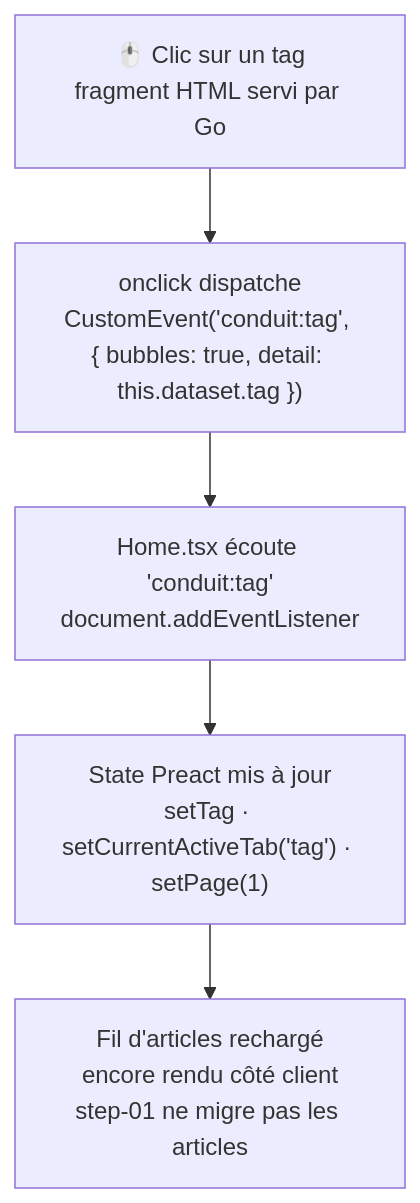
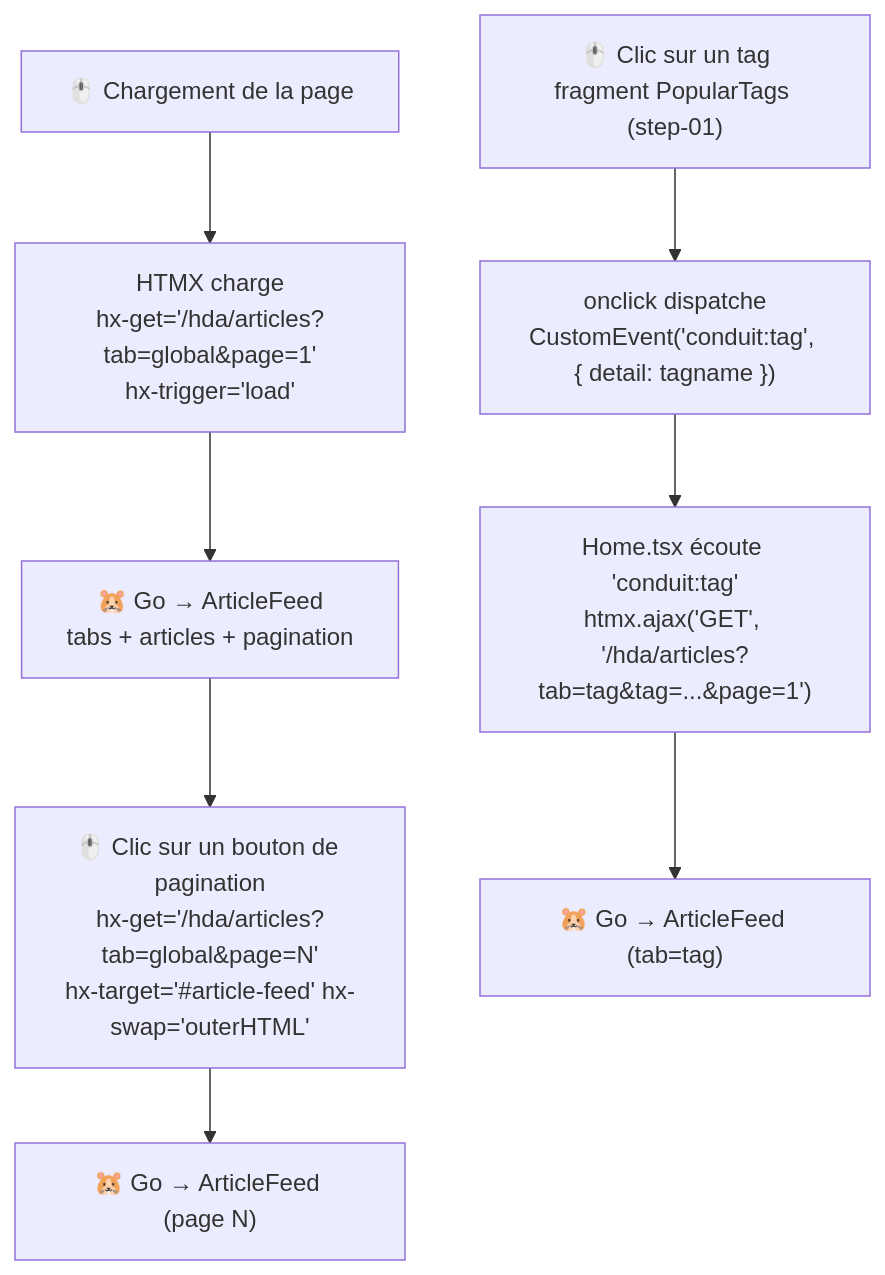
The diagram in MIGRATION_STEP.md (StephaneTrebel/htmx-de-maniere-simplix), drawn with Mermaid before and after one commit. The commit also changed other lines of this file and 10 other files, not shown here.

First line of the commit message:
feat: migrate article feed to Go+HTMX self-refreshing fragment (step-02)

````diff
--- a/MIGRATION_STEP.md
+++ b/MIGRATION_STEP.md
@@ -225,10 +247,16 @@
 ```mermaid
 flowchart TD
-    A["🖱️ Clic sur un tag\nfragment HTML servi par Go"]
-    B["onclick dispatche\nCustomEvent('conduit:tag', { bubbles: true, detail: this.dataset.tag })"]
-    C["Home.tsx écoute 'conduit:tag'\ndocument.addEventListener"]
-    D["State Preact mis à jour\nsetTag · setCurrentActiveTab('tag') · setPage(1)"]
-    E["Fil d'articles rechargé\nencore rendu côté client\nstep-01 ne migre pas les articles"]
+    A["🖱️ Chargement de la page"]
+    B["HTMX charge\nhx-get='/hda/articles?tab=global&page=1'\nhx-trigger='load'"]
+    C["🐹 Go → ArticleFeed\ntabs + articles + pagination"]
+    D["🖱️ Clic sur un bouton de pagination\nhx-get='/hda/articles?tab=global&page=N'\nhx-target='#article-feed' hx-swap='outerHTML'"]
+    E["🐹 Go → ArticleFeed (page N)"]
+    F["🖱️ Clic sur un tag\nfragment PopularTags (step-01)"]
+    G["onclick dispatche\nCustomEvent('conduit:tag', { detail: tagname })"]
+    H["Home.tsx écoute 'conduit:tag'\nhtmx.ajax('GET', '/hda/articles?tab=tag&tag=...&page=1')"]
+    I["🐹 Go → ArticleFeed (tab=tag)"]
 
-    A --> B --> C --> D --> E
+    A --> B --> C
+    C --> D --> E
+    F --> G --> H --> I
 ```
````
